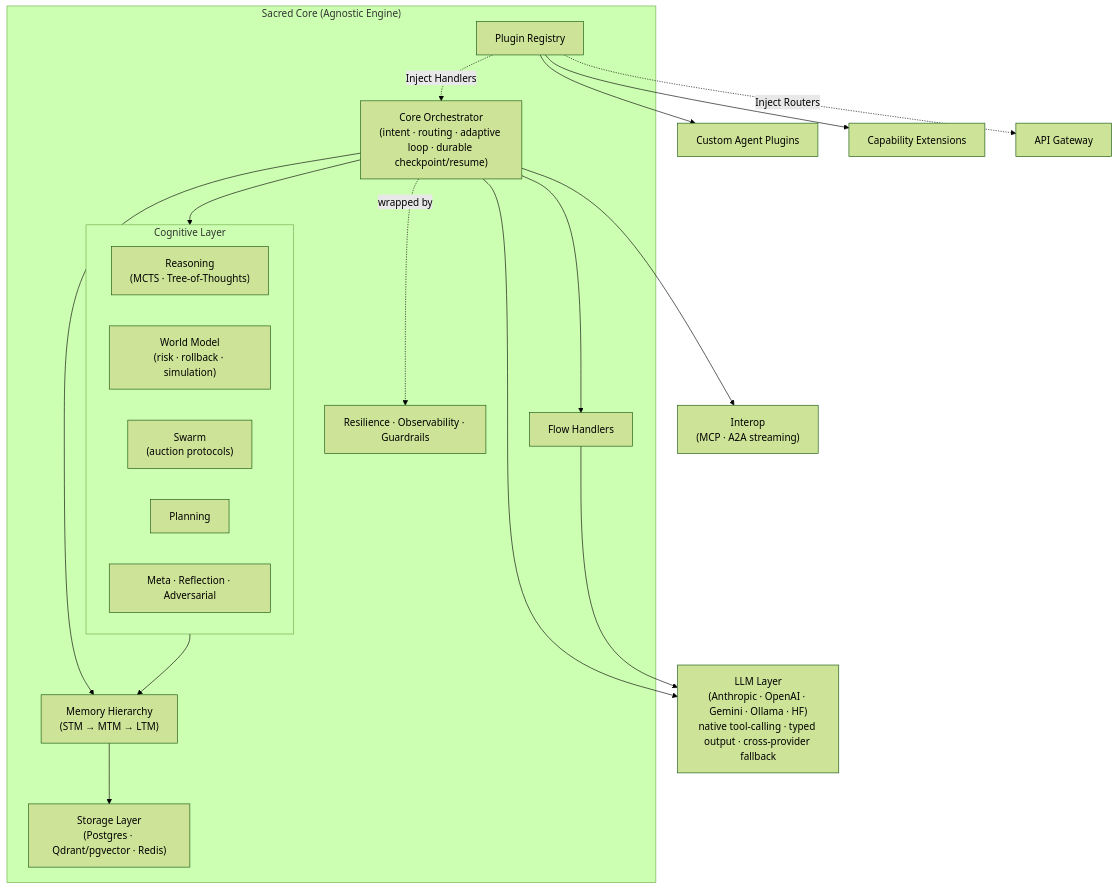
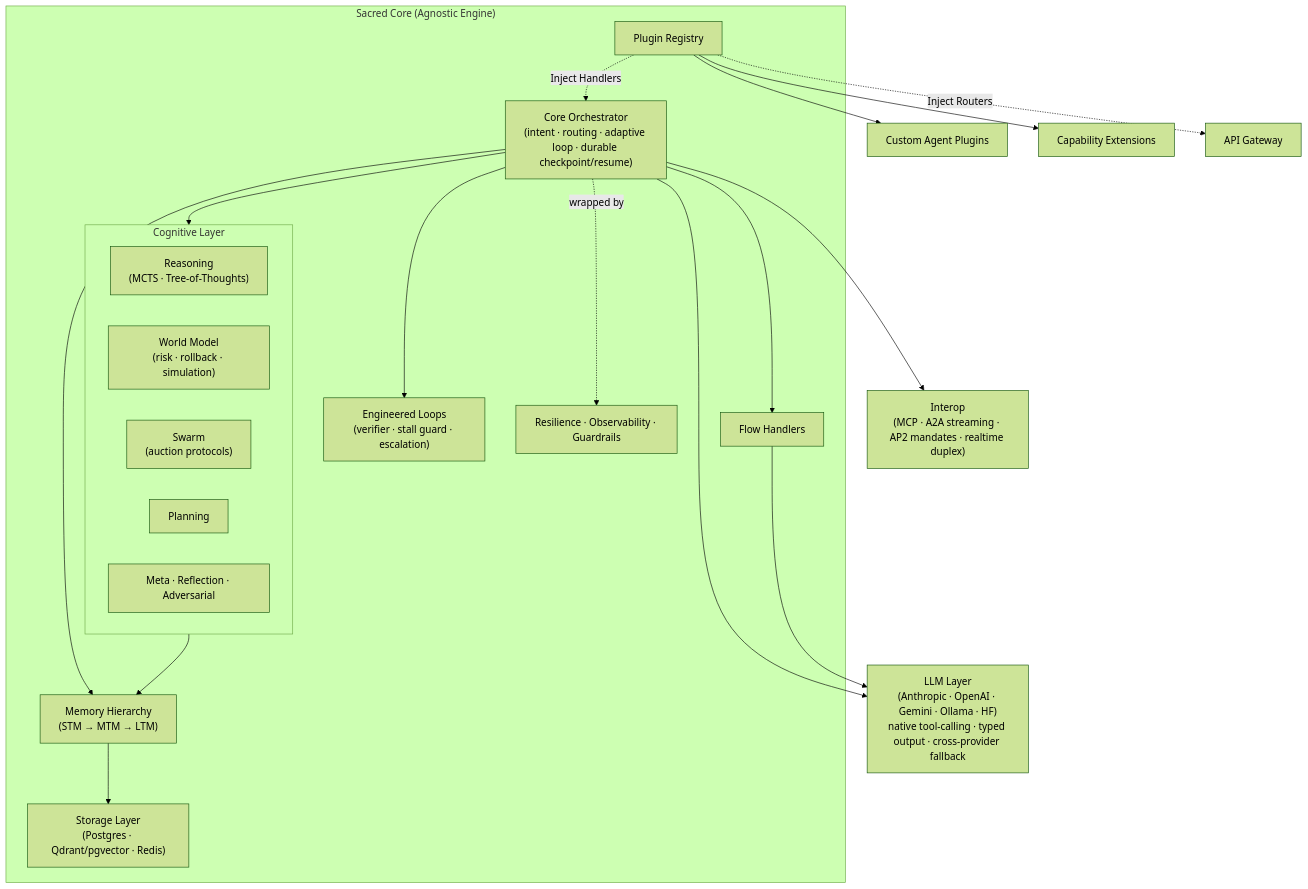
One commit to baselithcore/baselithcore changed the diagram in README.md. Above: the diagram before and after it, drawn with Mermaid (forest theme). The commit also changed other lines of this file and 3 other files, not shown here.

````diff
--- a/README.md
+++ b/README.md
@@ -61,37 +61,39 @@
 ```mermaid
 graph TD
     subgraph SC["Sacred Core (Agnostic Engine)"]
         A["Core Orchestrator<br/>(intent · routing · adaptive loop · durable checkpoint/resume)"]
         F["Flow Handlers"]
 
         subgraph COG["Cognitive Layer"]
             RE["Reasoning<br/>(MCTS · Tree-of-Thoughts)"]
             WM["World Model<br/>(risk · rollback · simulation)"]
             SW["Swarm<br/>(auction protocols)"]
             PL["Planning"]
             MT["Meta · Reflection · Adversarial"]
         end
 
+        LP["Engineered Loops<br/>(verifier · stall guard · escalation)"]
         M["Memory Hierarchy<br/>(STM → MTM → LTM)"]
         S["Storage Layer<br/>(Postgres · Qdrant/pgvector · Redis)"]
         R["Plugin Registry"]
         RES["Resilience · Observability · Guardrails"]
     end
 
     A --> COG
     A --> F
+    A --> LP
     A --> M
     M --> S
     COG --> M
 
     R --> C["Custom Agent Plugins"]
     R --> D["Capability Extensions"]
     R -.->|Inject Handlers| A
     R -.->|Inject Routers| G["API Gateway"]
 
     A --> H["LLM Layer<br/>(Anthropic · OpenAI · Gemini · Ollama · HF)<br/>native tool-calling · typed output · cross-provider fallback"]
     F --> H
 
-    A --> I["Interop<br/>(MCP · A2A streaming)"]
+    A --> I["Interop<br/>(MCP · A2A streaming · AP2 mandates · realtime duplex)"]
     A -.->|wrapped by| RES
 ```
````
